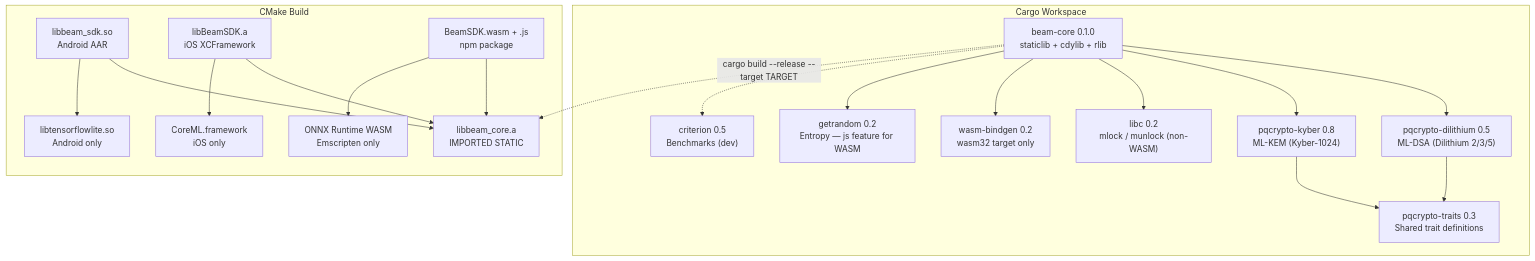
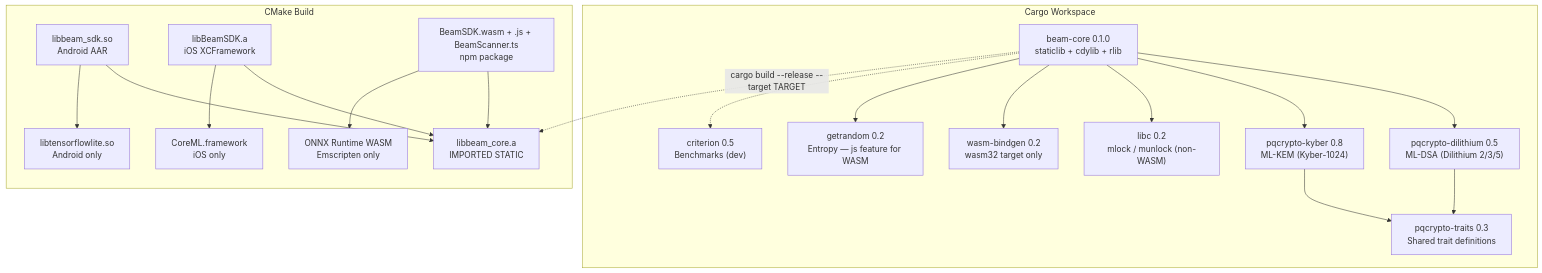
One commit to NeoOne601/beam-sdk changed the tenth of 11 diagrams in README.md. Above: the diagram before and after it, drawn with Mermaid. The commit also changed other lines of this file and 19 other files, not shown here.

````diff
--- a/README.md
+++ b/README.md
@@ -462,41 +463,41 @@
 ```mermaid
 flowchart TD
     subgraph CARGO["Cargo Workspace"]
         BC["beam-core 0.1.0\nstaticlib + cdylib + rlib"]
         PQCD["pqcrypto-dilithium 0.5\nML-DSA (Dilithium 2/3/5)"]
         PQCK["pqcrypto-kyber 0.8\nML-KEM (Kyber-1024)"]
         PQCT["pqcrypto-traits 0.3\nShared trait definitions"]
         LIBC["libc 0.2\nmlock / munlock (non-WASM)"]
         WBIND["wasm-bindgen 0.2\nwasm32 target only"]
         GETR["getrandom 0.2\nEntropy — js feature for WASM"]
         CRIT["criterion 0.5\nBenchmarks (dev)"]
 
         BC --> PQCD
         BC --> PQCK
         PQCD --> PQCT
         PQCK --> PQCT
         BC --> LIBC
         BC --> WBIND
         BC --> GETR
         BC -.-> CRIT
     end
 
     subgraph CMAKE["CMake Build"]
         AND_SO["libbeam_sdk.so\nAndroid AAR"]
         IOS_ST["libBeamSDK.a\niOS XCFramework"]
-        WB["BeamSDK.wasm + .js\nnpm package"]
+        WB["BeamSDK.wasm + .js + BeamScanner.ts\nnpm package"]
         RS_A["libbeam_core.a\nIMPORTED STATIC"]
         TFL["libtensorflowlite.so\nAndroid only"]
         CML["CoreML.framework\niOS only"]
         ORT["ONNX Runtime WASM\nEmscripten only"]
 
         AND_SO --> RS_A
         AND_SO --> TFL
         IOS_ST --> RS_A
         IOS_ST --> CML
         WB --> RS_A
         WB --> ORT
     end
 
     BC -.->|"cargo build --release --target TARGET"| RS_A
 ```
````
